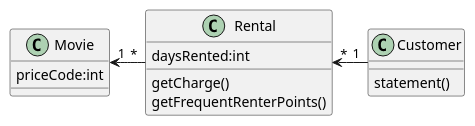
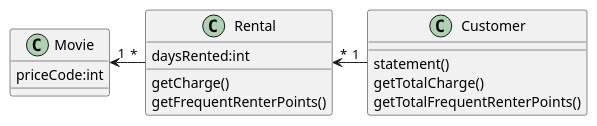
One commit to hiroshima-arc/re_zero_tdd changed the second of 3 diagrams in docs/src/spec/video_rental.adoc. Above: the diagram before and after it, drawn with PlantUML. The commit also changed other lines of this file and 3 other files, not shown here.

```diff
--- a/docs/src/spec/video_rental.adoc
+++ b/docs/src/spec/video_rental.adoc
@@ -38,16 +39,18 @@
 [plantuml]
 ----
 class Movie {
   priceCode:int
 }
 class Rental {
   daysRented:int
   getCharge()
   getFrequentRenterPoints()
 }
 class Customer {
   statement()
+  getTotalCharge()
+  getTotalFrequentRenterPoints()
 }
 Movie "1"<-"*" Rental
 Rental "*"<-"1" Customer
 ----
```
